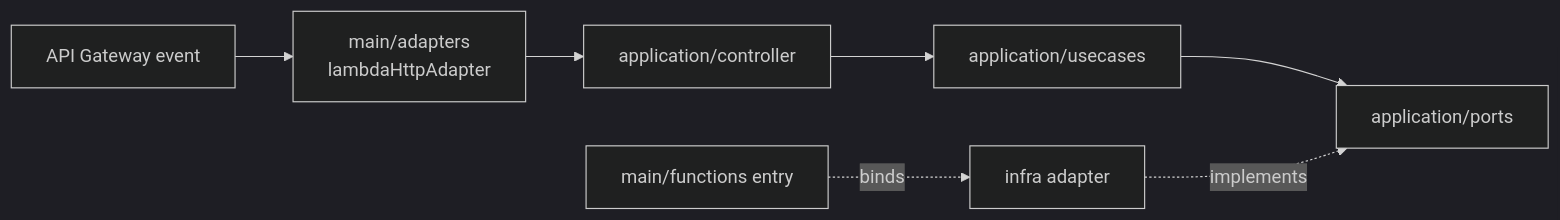
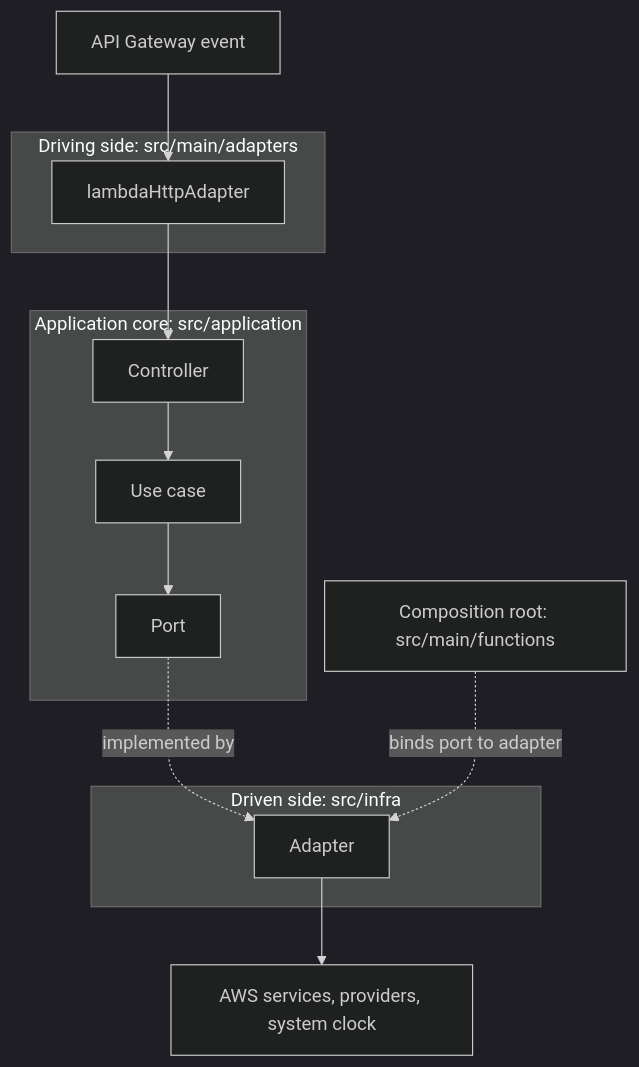
One commit to gabrielroriz/aws-resilient-payment-flow changed the first of 3 diagrams in docs/architecture.md. Above: the diagram before and after it, drawn with Mermaid (dark theme). The commit also changed other lines of this file and 3 other files, not shown here.

First line of the commit message:
docs: expand architecture guide with hexagonal model and DI details

````diff
--- a/docs/architecture.md
+++ b/docs/architecture.md
@@ -29,9 +15,22 @@
 ```mermaid
-flowchart LR
-    Event["API Gateway event"] --> Adapter["main/adapters<br/>lambdaHttpAdapter"]
-    Adapter --> Controller["application/controller"]
-    Controller --> UseCase["application/usecases"]
-    UseCase --> Port["application/ports"]
-    Infra["infra adapter"] -. implements .-> Port
-    Entry["main/functions entry"] -. binds .-> Infra
+flowchart TD
+    Event["API Gateway event"]
+    subgraph Driving["Driving side: src/main/adapters"]
+        HttpAdapter["lambdaHttpAdapter"]
+    end
+    subgraph Core["Application core: src/application"]
+        Controller["Controller"] --> UseCase["Use case"]
+        UseCase --> Port["Port"]
+    end
+    subgraph Driven["Driven side: src/infra"]
+        Adapter["Adapter"]
+    end
+    External["AWS services, providers, system clock"]
+    Entry["Composition root: src/main/functions"]
+
+    Event --> HttpAdapter
+    HttpAdapter --> Controller
+    Port -. implemented by .-> Adapter
+    Adapter --> External
+    Entry -. binds port to adapter .-> Adapter
 ```
````
